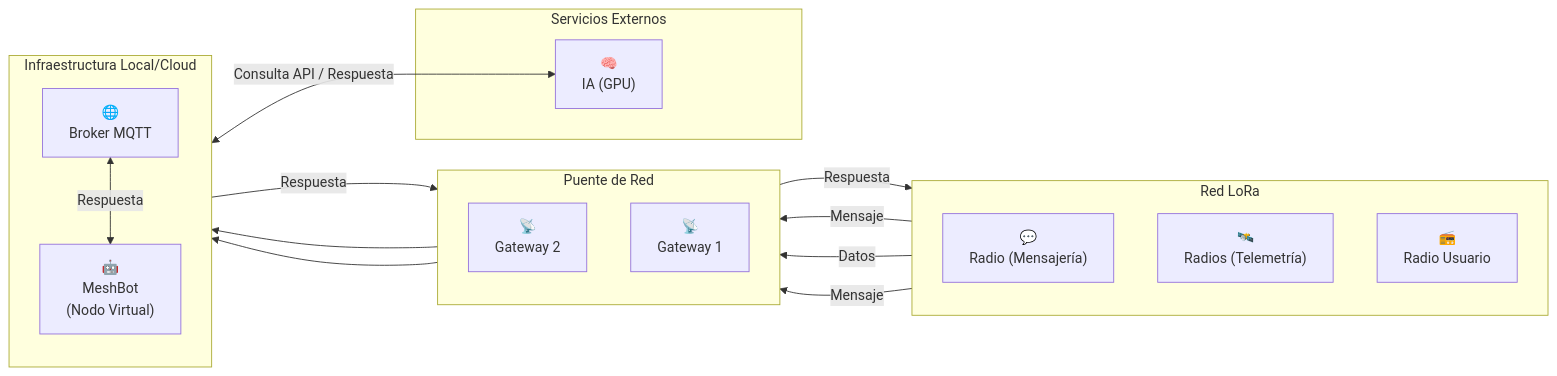
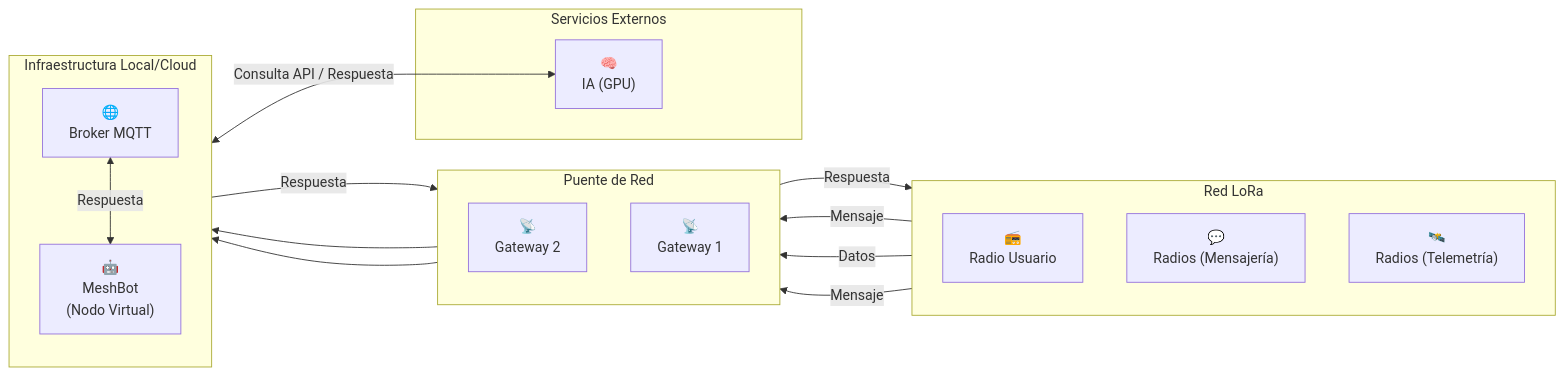
Before and after one commit to lhupyn/meshbot: the diagram in README.md, drawn with Mermaid.

Commit message:
Update diagrama de flujo

````diff
--- a/README.md
+++ b/README.md
@@ -5,40 +5,40 @@
 ```mermaid
 flowchart LR
     subgraph Red LoRa
         direction TB
-        RM["💬<br>Radio (Mensajería)"]
+        RU["📻<br>Radio Usuario"]
+        RM["💬<br>Radios (Mensajería)"]
         RT["🛰️<br>Radios (Telemetría)"]
-        RU["📻<br>Radio Usuario"]
     end
 
     subgraph Puente de Red
         direction TB
         G2["📡<br>Gateway 2"]
         G1["📡<br>Gateway 1"]
     end
 
     subgraph Infraestructura Local/Cloud
         direction TB
         MB["🤖<br>MeshBot<br>(Nodo Virtual)"]
         M["🌐<br>Broker MQTT"]
     end
 
     subgraph Servicios Externos
         IA["🧠<br>IA (GPU)"]
     end
 
     %% Flujo de Entrada
     RM -- "Mensaje" --> G2
     RT -- "Datos" --> G2
     RU -- "Mensaje" --> G1
     G1 --> M
     G2 --> M
     
     %% Flujo Interno y Procesamiento
     M <-->|Respuesta| MB
     MB <-->|Consulta API / Respuesta| IA
     
     %% Flujo de Salida
     M -- "Respuesta" --> G1
     G1 -- "Respuesta" --> RU
 ```
````
